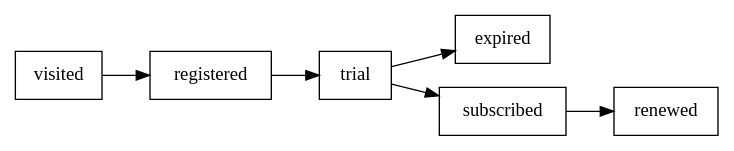
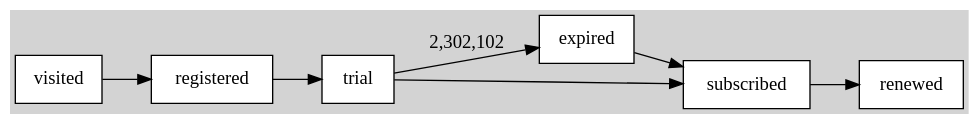
One commit to benbjohnson/landmark changed the diagram in doc/dot/state_machine.dot. Above: the diagram before and after it, drawn with Graphviz. The commit also changed 5 other files, not shown here.

Commit message:
Begin graph layout.

```diff
--- a/doc/dot/state_machine.dot
+++ b/doc/dot/state_machine.dot
@@ -1,9 +1,13 @@
 digraph g {
+  // To convert from size to pixels is SIZE * 96
+  bgcolor=lightgray;
   rankdir=LR;
-  node [shape=box];
+  // edge [penwidth=4]
+  node [shape=box,style=filled,fillcolor=white];
   visited -> registered;
   registered -> trial;
-  trial -> expired;
+  trial -> expired [label="2,302,102"];
+  expired -> subscribed;
   trial -> subscribed;
   subscribed -> renewed;
 }
```
